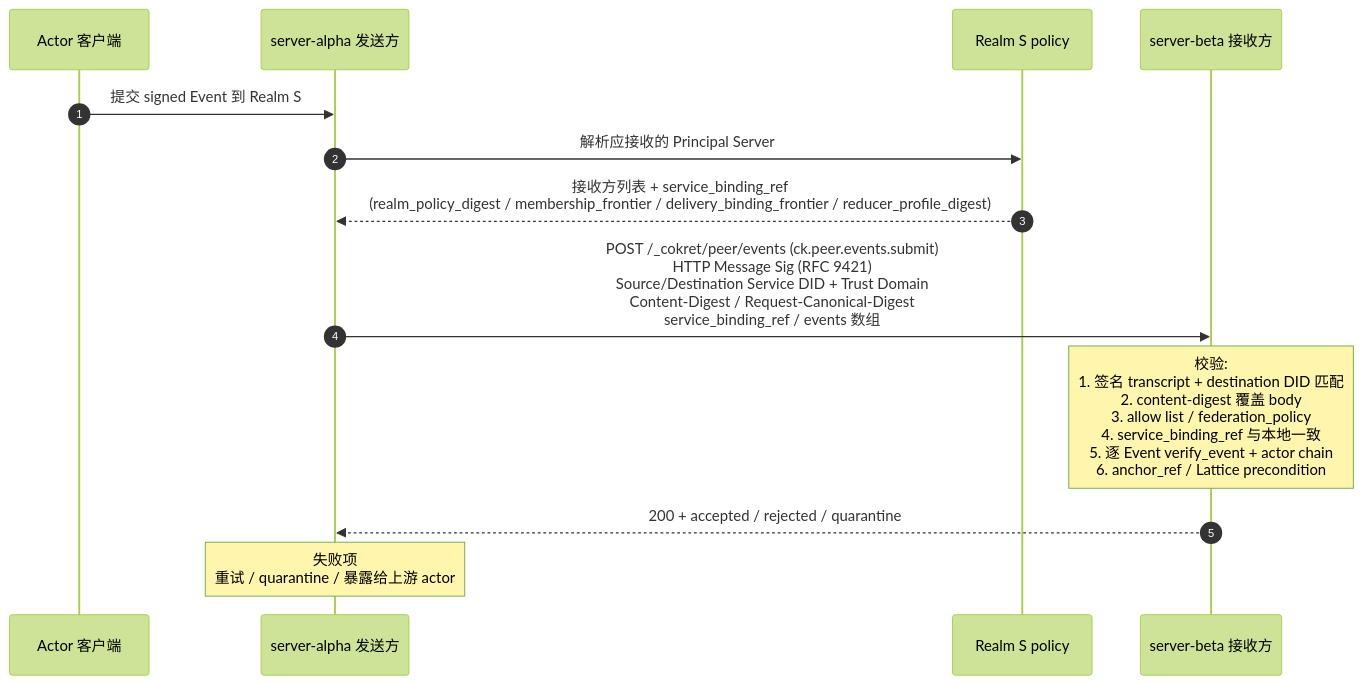
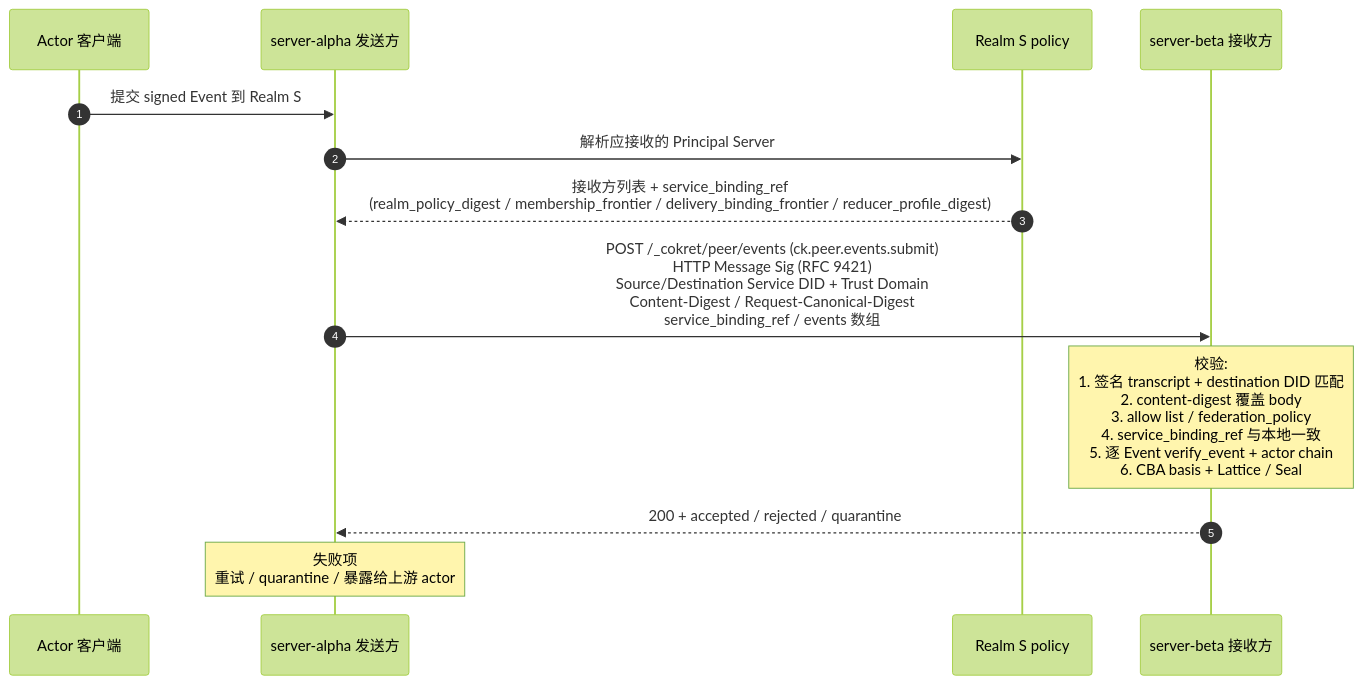
The diagram in spec/v1/zh/sync/federation.md (arkret-org/arkret-spec), drawn with Mermaid (forest theme) before and after one commit. The commit also changed other lines of this file and 113 other files, not shown here.

First line of the commit message:
Refactor service surface documentation and update schema definitions

````diff
--- a/spec/v1/zh/sync/federation.md
+++ b/spec/v1/zh/sync/federation.md
@@ -360,16 +360,16 @@
 ```mermaid
 sequenceDiagram
     autonumber
     participant Cli as Actor 客户端
     participant Alpha as server-alpha 发送方
     participant Pol as Realm S policy
     participant Beta as server-beta 接收方
 
     Cli->>Alpha: 提交 signed Event 到 Realm S
     Alpha->>Pol: 解析应接收的 Principal Server
     Pol-->>Alpha: 接收方列表 + service_binding_ref<br>(realm_policy_digest / membership_frontier / delivery_binding_frontier / reducer_profile_digest)
     Alpha->>Beta: POST /_cokret/peer/events (ck.peer.events.submit)<br>HTTP Message Sig (RFC 9421)<br>Source/Destination Service DID + Trust Domain<br>Content-Digest / Request-Canonical-Digest<br>service_binding_ref / events 数组
-    note over Beta: 校验:<br>1. 签名 transcript + destination DID 匹配<br>2. content-digest 覆盖 body<br>3. allow list / federation_policy<br>4. service_binding_ref 与本地一致<br>5. 逐 Event verify_event + actor chain<br>6. anchor_ref / Lattice precondition
+    note over Beta: 校验:<br>1. 签名 transcript + destination DID 匹配<br>2. content-digest 覆盖 body<br>3. allow list / federation_policy<br>4. service_binding_ref 与本地一致<br>5. 逐 Event verify_event + actor chain<br>6. CBA basis + Lattice / Seal
     Beta-->>Alpha: 200 + accepted / rejected / quarantine
     note over Alpha: 失败项<br>重试 / quarantine / 暴露给上游 actor
 ```
````
